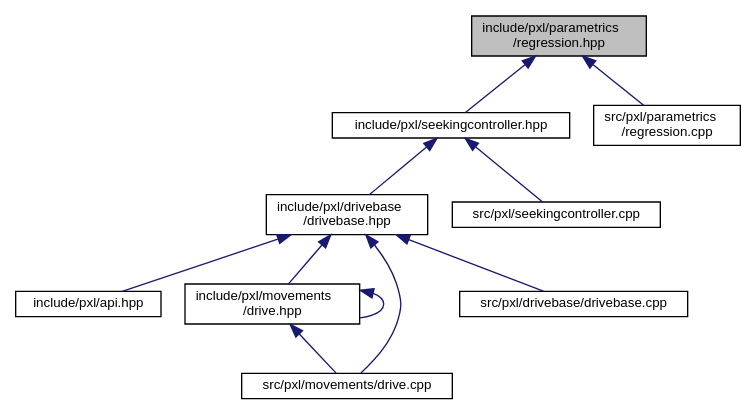
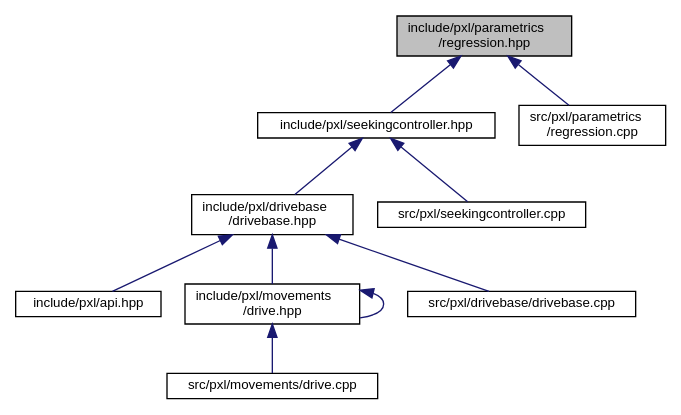
The diagram in regression_8hpp__dep__incl.dot (Pixel-Lib/Pixel), drawn with Graphviz before and after one commit. The commit also changed 24 other files, not shown here.

```diff
--- a/regression_8hpp__dep__incl.dot
+++ b/regression_8hpp__dep__incl.dot
@@ -1,25 +1,24 @@
 digraph "include/pxl/parametrics/regression.hpp"
 {
  // LATEX_PDF_SIZE
   edge [fontname="Helvetica",fontsize="10",labelfontname="Helvetica",labelfontsize="10"];
   node [fontname="Helvetica",fontsize="10",shape=record];
   Node1 [label="include/pxl/parametrics\l/regression.hpp",height=0.2,width=0.4,color="black", fillcolor="grey75", style="filled", fontcolor="black",tooltip=" "];
   Node1 -> Node2 [dir="back",color="midnightblue",fontsize="10",style="solid",fontname="Helvetica"];
   Node2 [label="include/pxl/seekingcontroller.hpp",height=0.2,width=0.4,color="black", fillcolor="white", style="filled",URL="$seekingcontroller_8hpp.html",tooltip=" "];
   Node2 -> Node3 [dir="back",color="midnightblue",fontsize="10",style="solid",fontname="Helvetica"];
   Node3 [label="include/pxl/drivebase\l/drivebase.hpp",height=0.2,width=0.4,color="black", fillcolor="white", style="filled",URL="$drivebase_8hpp.html",tooltip=" "];
   Node3 -> Node4 [dir="back",color="midnightblue",fontsize="10",style="solid",fontname="Helvetica"];
   Node4 [label="include/pxl/api.hpp",height=0.2,width=0.4,color="black", fillcolor="white", style="filled",URL="$api_8hpp.html",tooltip=" "];
   Node3 -> Node5 [dir="back",color="midnightblue",fontsize="10",style="solid",fontname="Helvetica"];
   Node5 [label="include/pxl/movements\l/drive.hpp",height=0.2,width=0.4,color="black", fillcolor="white", style="filled",URL="$drive_8hpp.html",tooltip=" "];
   Node5 -> Node5 [dir="back",color="midnightblue",fontsize="10",style="solid",fontname="Helvetica"];
   Node5 -> Node6 [dir="back",color="midnightblue",fontsize="10",style="solid",fontname="Helvetica"];
   Node6 [label="src/pxl/movements/drive.cpp",height=0.2,width=0.4,color="black", fillcolor="white", style="filled",URL="$drive_8cpp.html",tooltip=" "];
   Node3 -> Node7 [dir="back",color="midnightblue",fontsize="10",style="solid",fontname="Helvetica"];
   Node7 [label="src/pxl/drivebase/drivebase.cpp",height=0.2,width=0.4,color="black", fillcolor="white", style="filled",URL="$drivebase_8cpp.html",tooltip=" "];
-  Node3 -> Node6 [dir="back",color="midnightblue",fontsize="10",style="solid",fontname="Helvetica"];
   Node2 -> Node8 [dir="back",color="midnightblue",fontsize="10",style="solid",fontname="Helvetica"];
   Node8 [label="src/pxl/seekingcontroller.cpp",height=0.2,width=0.4,color="black", fillcolor="white", style="filled",URL="$seekingcontroller_8cpp.html",tooltip=" "];
   Node1 -> Node9 [dir="back",color="midnightblue",fontsize="10",style="solid",fontname="Helvetica"];
   Node9 [label="src/pxl/parametrics\l/regression.cpp",height=0.2,width=0.4,color="black", fillcolor="white", style="filled",URL="$regression_8cpp.html",tooltip=" "];
 }
```
